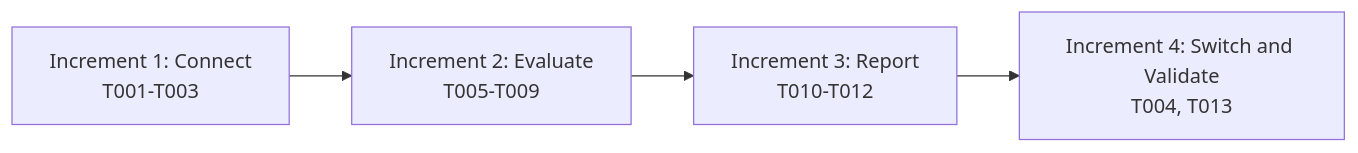
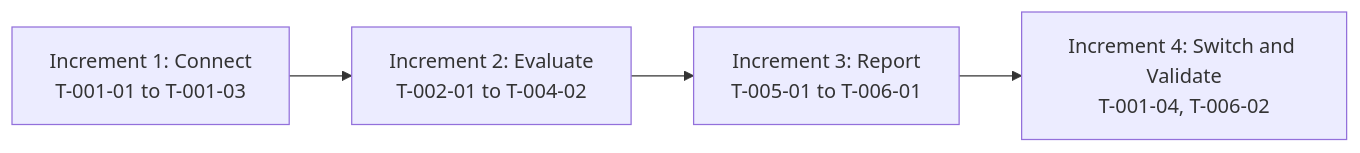
The seventh of 8 diagrams in docs/releases/v0.1/README.md (Thommans-Playground/JudgeLab), drawn with Mermaid before and after one commit. The commit also changed other lines of this file and 37 other files, not shown here.

````diff
--- a/docs/releases/v0.1/README.md
+++ b/docs/releases/v0.1/README.md
@@ -269,6 +269,6 @@
 ```mermaid
 flowchart LR
-    I1[Increment 1: Connect\nT001-T003] --> I2[Increment 2: Evaluate\nT005-T009]
-    I2 --> I3[Increment 3: Report\nT010-T012]
-    I3 --> I4[Increment 4: Switch and Validate\nT004, T013]
+    I1[Increment 1: Connect\nT-001-01 to T-001-03] --> I2[Increment 2: Evaluate\nT-002-01 to T-004-02]
+    I2 --> I3[Increment 3: Report\nT-005-01 to T-006-01]
+    I3 --> I4[Increment 4: Switch and Validate\nT-001-04, T-006-02]
 ```
````
